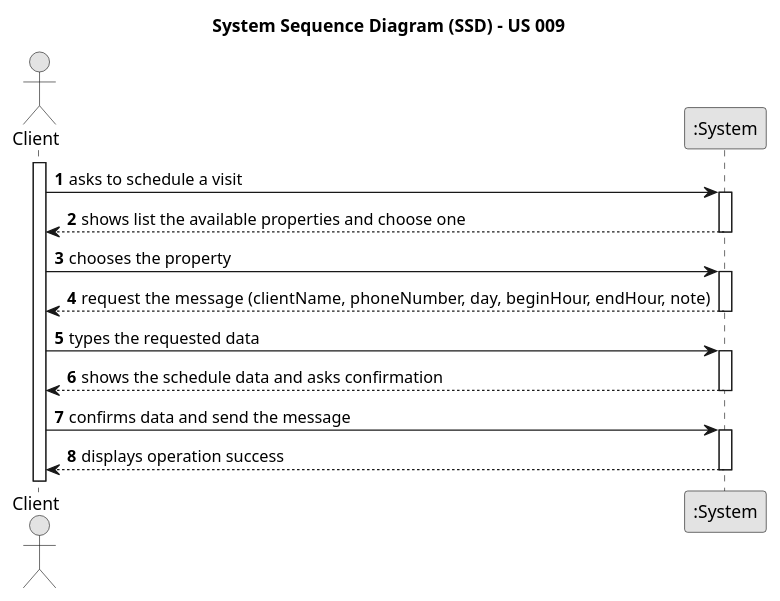
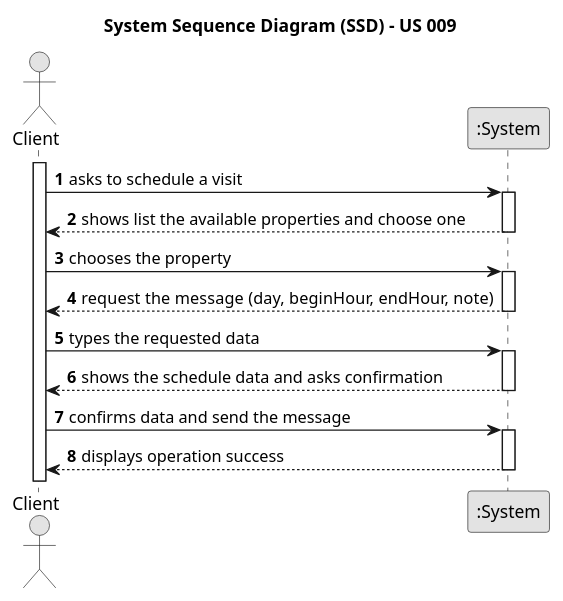
Before and after one commit to tiagohcorreia/LAPR2: the diagram in docs/sprintD/US009/01.requirements-engineering/puml/SSD_009.puml, drawn with PlantUML. The commit also changed 8 other files, not shown here.

```diff
--- a/docs/sprintD/US009/01.requirements-engineering/puml/SSD_009.puml
+++ b/docs/sprintD/US009/01.requirements-engineering/puml/SSD_009.puml
@@ -1,39 +1,39 @@
 @startuml
 skinparam monochrome true
 skinparam packageStyle rectangle
 skinparam shadowing false
 
 title System Sequence Diagram (SSD) - US 009
 
 autonumber
 
 actor "Client" as client
 participant ":System" as system
 
 activate client
 
     client -> system : asks to schedule a visit
     activate system
 
         system --> client : shows list the available properties and choose one
     deactivate system
 
     client -> system : chooses the property
     activate system
 
-        system --> client :  request the message (clientName, phoneNumber, day, beginHour, endHour, note)
+        system --> client :  request the message (day, beginHour, endHour, note)
     deactivate system
 
     client -> system : types the requested data
     activate system
 
         system --> client : shows the schedule data and asks confirmation
     deactivate system
 
     client -> system : confirms data and send the message
     activate system
 
         system --> client : displays operation success
     deactivate system
 
 @enduml
```
